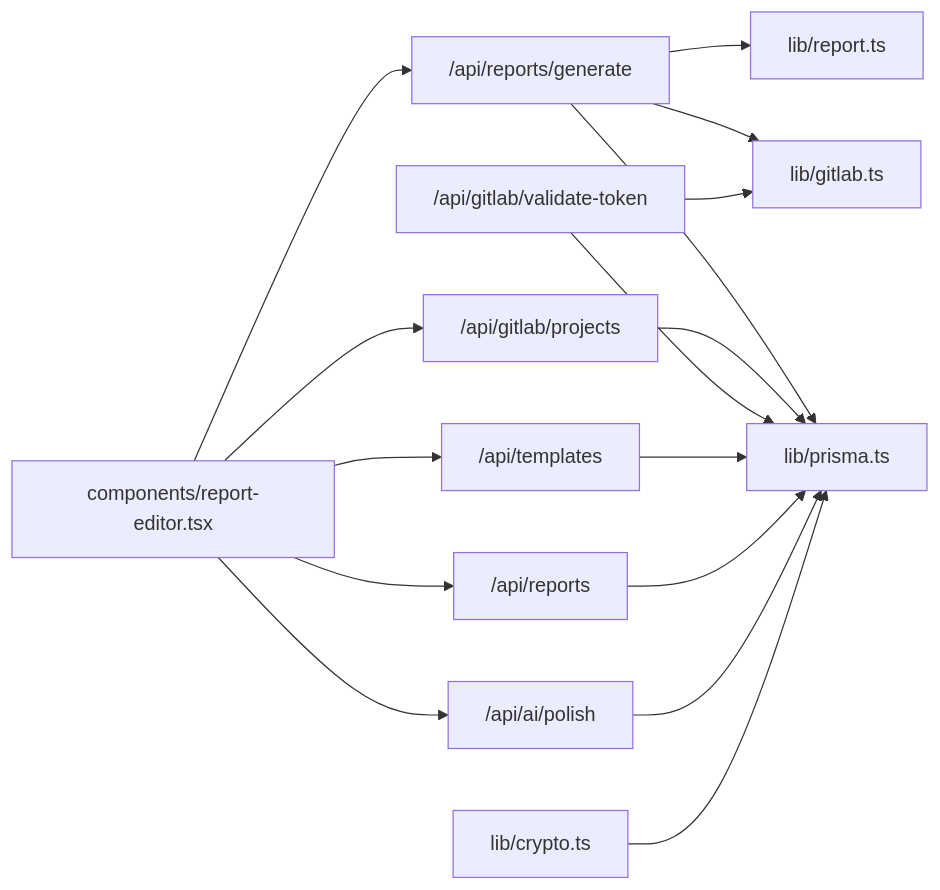
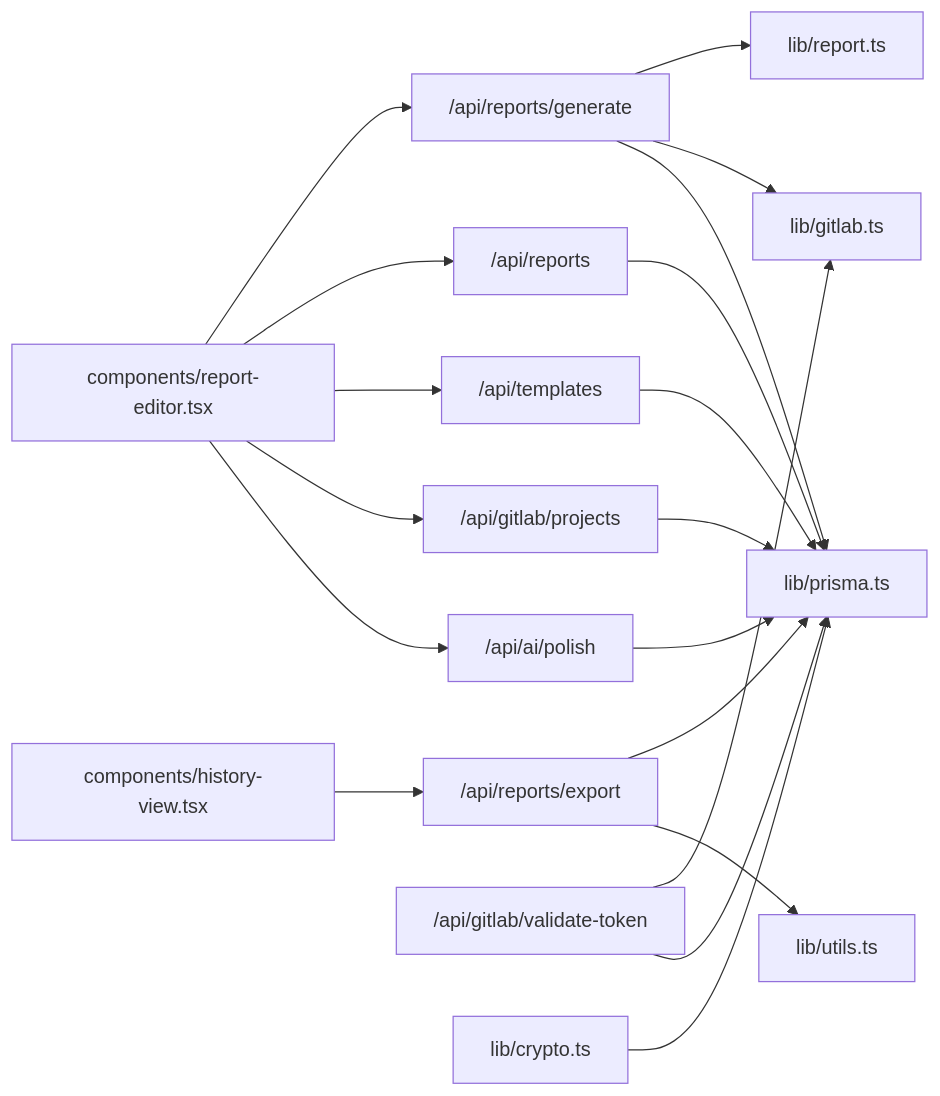
One commit to jrj444/git-daily changed the tenth of 10 diagrams in .qoder/repowiki/en/content/Report Generation System/Report Generation System.md. Above: the diagram before and after it, drawn with Mermaid. The commit also changed other lines of this file and 3 other files, not shown here.

````diff
--- a/.qoder/repowiki/en/content/Report Generation System/Report Generation System.md
+++ b/.qoder/repowiki/en/content/Report Generation System/Report Generation System.md
@@ -371,18 +450,21 @@
 ```mermaid
 graph LR
 Editor["components/report-editor.tsx"] --> GenAPI["/api/reports/generate"]
 Editor --> ReportsAPI["/api/reports"]
 Editor --> TemplatesAPI["/api/templates"]
 Editor --> ProjAPI["/api/gitlab/projects"]
 Editor --> AIAPI["/api/ai/polish"]
+History["components/history-view.tsx"] --> ExportAPI["/api/reports/export"]
 GenAPI --> ReportLib["lib/report.ts"]
 GenAPI --> GitLab["lib/gitlab.ts"]
 GenAPI --> Prisma["lib/prisma.ts"]
+ExportAPI --> Prisma
+ExportAPI --> Utils["lib/utils.ts"]
 ProjAPI --> Prisma
 ValidateAPI["/api/gitlab/validate-token"] --> GitLab
 ValidateAPI --> Prisma
 TemplatesAPI --> Prisma
 ReportsAPI --> Prisma
 AIAPI --> Prisma
 Crypto["lib/crypto.ts"] --> Prisma
 ```
````
